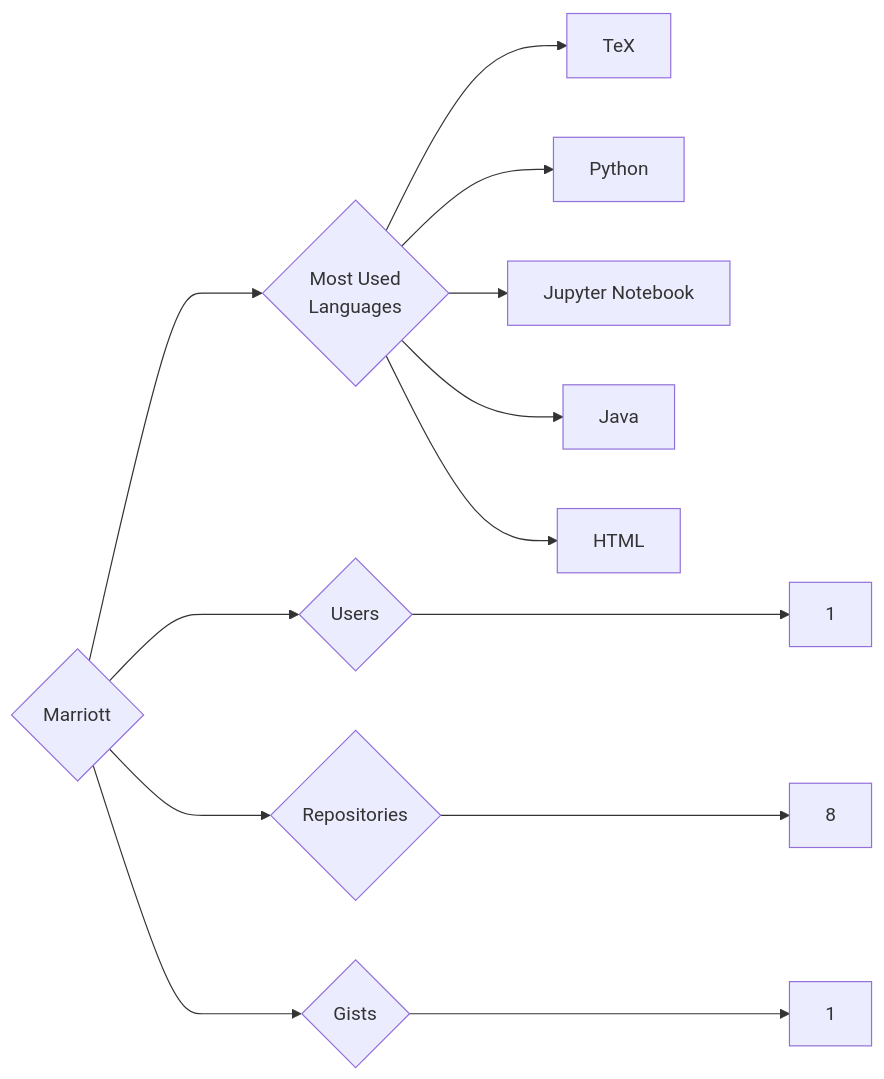
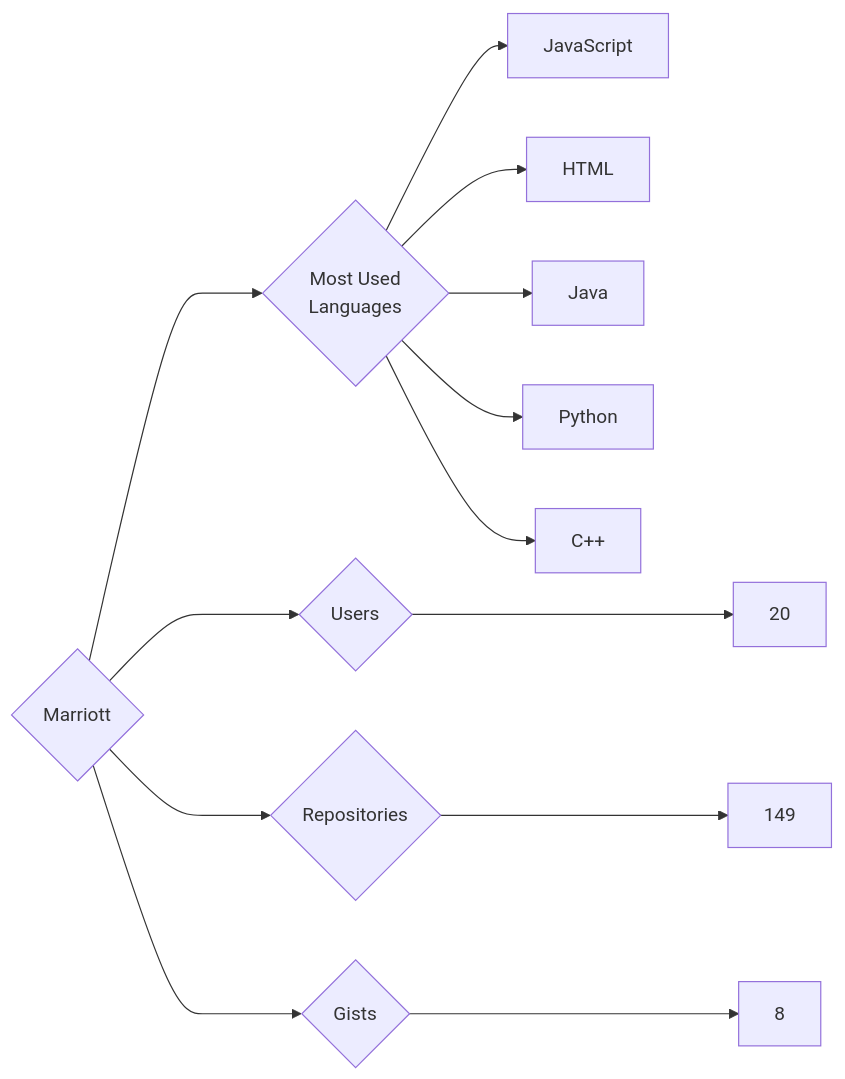
Before and after one commit to trickest/insiders: the diagram in targets/Marriott/README.md, drawn with Mermaid. The commit also changed 715 other files, not shown here.

````diff
--- a/targets/Marriott/README.md
+++ b/targets/Marriott/README.md
@@ -3,13 +3,13 @@
 ```mermaid
 graph LR
 COMPANY_NAME{Marriott}
-COMPANY_NAME ---> U{Users} ---> UN[1]
-COMPANY_NAME ---> R{Repositories} ---> RN[8]
-COMPANY_NAME ---> G{Gists} ---> GN[1]
+COMPANY_NAME ---> U{Users} ---> UN[20]
+COMPANY_NAME ---> R{Repositories} ---> RN[149]
+COMPANY_NAME ---> G{Gists} ---> GN[8]
 COMPANY_NAME ---> ML{Most Used<br>Languages}
-ML --> TeX[TeX]
+ML --> JavaScript[JavaScript]
+ML --> HTML[HTML]
+ML --> Java[Java]
 ML --> Python[Python]
-ML --> Jupyter_Notebook[Jupyter Notebook]
-ML --> Java[Java]
-ML --> HTML[HTML]
+ML --> C++[C++]
 ```
````
